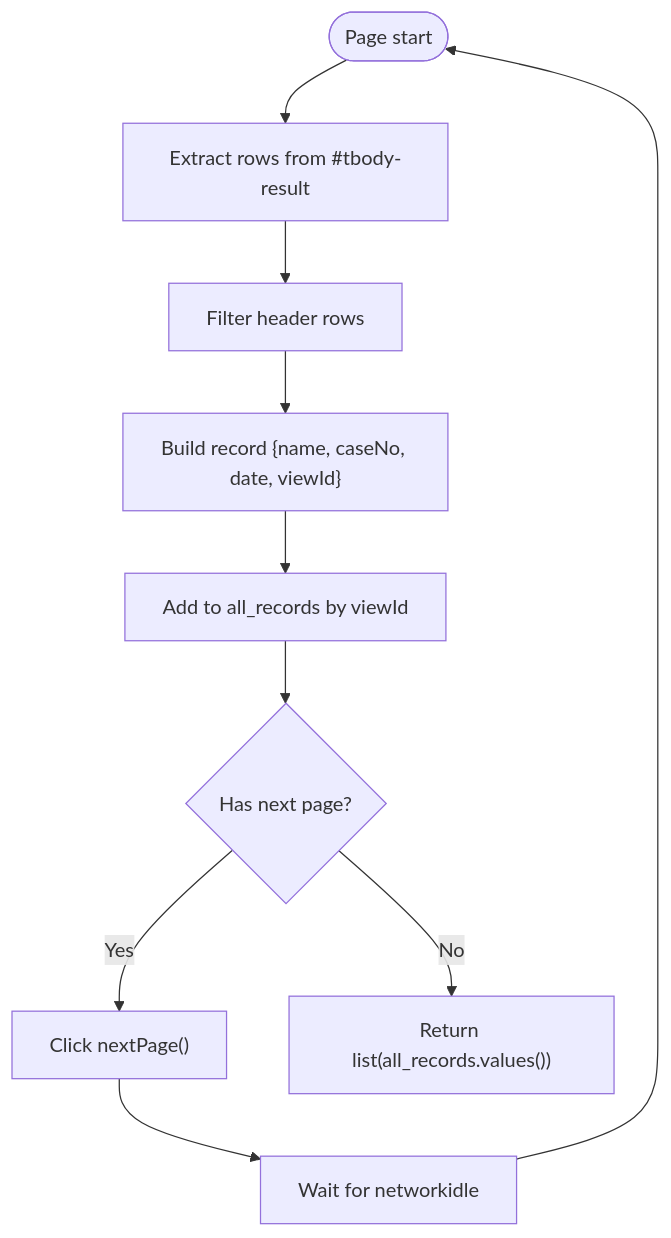
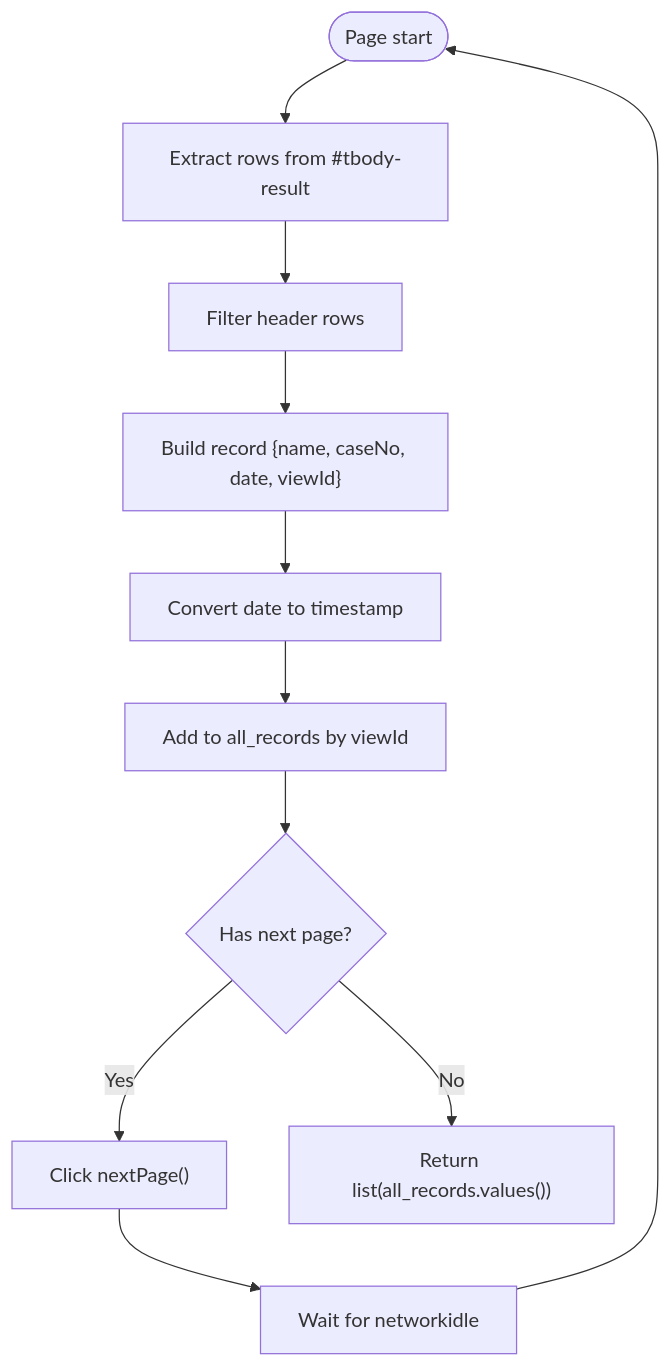
Before and after one commit to supotato-ipj/zxgk_auto_query-skill: the sixth of 10 diagrams in .qoder/repowiki/en/content/Core Architecture/Query Engine.md, drawn with Mermaid. The commit also changed other lines of this file and 24 other files, not shown here.

````diff
--- a/.qoder/repowiki/en/content/Core Architecture/Query Engine.md
+++ b/.qoder/repowiki/en/content/Core Architecture/Query Engine.md
@@ -231,12 +265,13 @@
 ```mermaid
 flowchart TD
 PageStart(["Page start"]) --> Extract["Extract rows from #tbody-result"]
 Extract --> FilterHeaders["Filter header rows"]
 FilterHeaders --> BuildRec["Build record {name, caseNo, date, viewId}"]
-BuildRec --> AddMap["Add to all_records by viewId"]
+BuildRec --> Timestamp["Convert date to timestamp"]
+Timestamp --> AddMap["Add to all_records by viewId"]
 AddMap --> NextCheck{"Has next page?"}
 NextCheck --> |Yes| ClickNext["Click nextPage()"]
 ClickNext --> WaitLoad["Wait for networkidle"]
 WaitLoad --> PageStart
 NextCheck --> |No| ReturnList["Return list(all_records.values())"]
 ```
````
